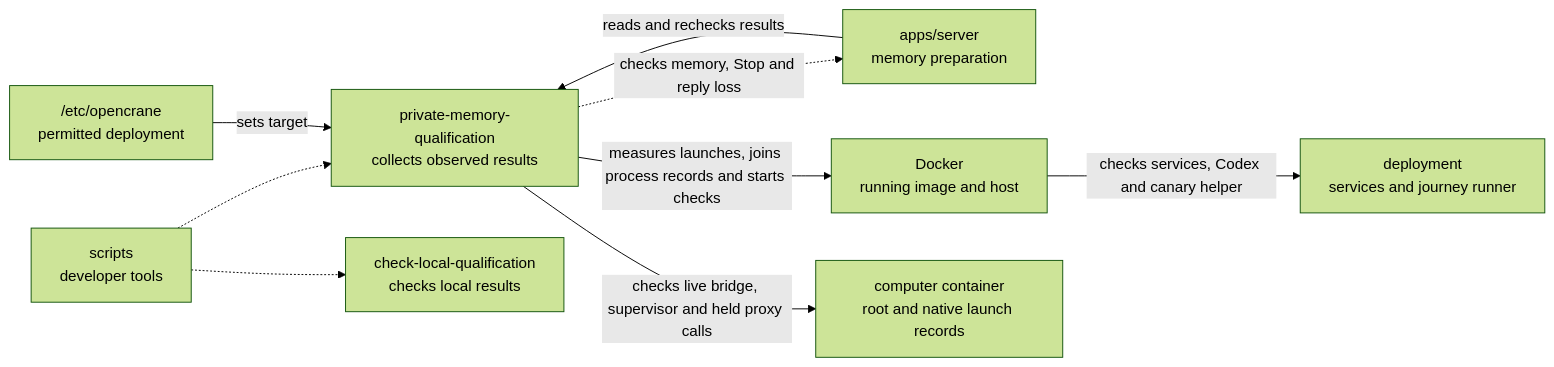
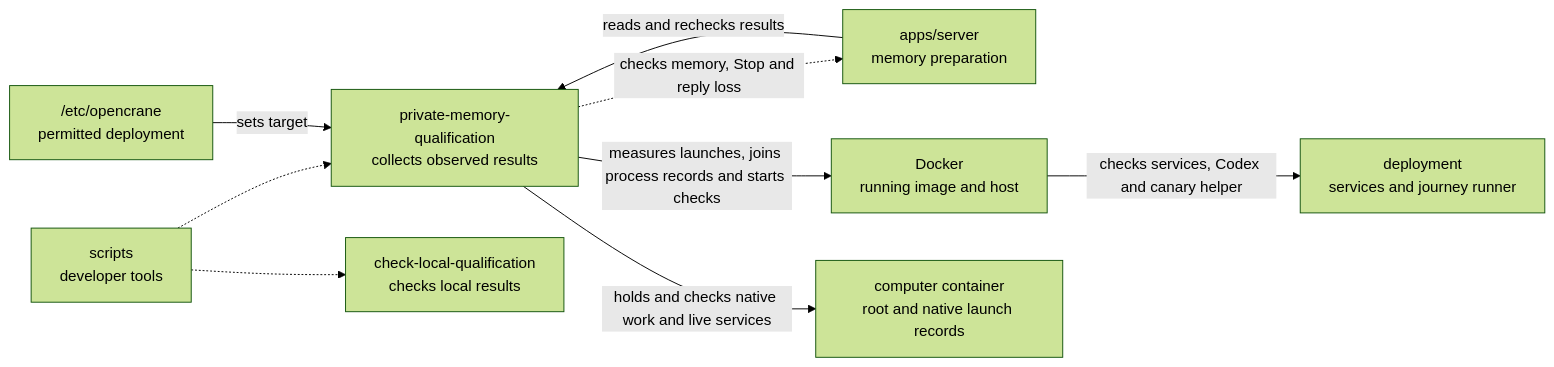
The diagram in scripts/private-memory-qualification/README.md (elewa-git/opencrane-new), drawn with Mermaid (forest theme) before and after one commit. The commit also changed other lines of this file and 14 other files, not shown here.

````diff
--- a/scripts/private-memory-qualification/README.md
+++ b/scripts/private-memory-qualification/README.md
@@ -19,11 +19,11 @@
 ```mermaid
 flowchart LR
   scripts["scripts<br/>developer tools"] -.-> collector["private-memory-qualification<br/>collects observed results"]
   scripts -.-> sibling["check-local-qualification<br/>checks local results"]
   server["apps/server<br/>memory preparation"] -->|reads and rechecks results| collector
   collector -.->|checks memory, Stop and reply loss| server
   config["/etc/opencrane<br/>permitted deployment"] -->|sets target| collector
   collector -->|measures launches, joins process records and starts checks| docker["Docker<br/>running image and host"]
   docker -->|checks services, Codex and canary helper| deployment["deployment<br/>services and journey runner"]
-  collector -->|checks live bridge, supervisor and held proxy calls| computer["computer container<br/>root and native launch records"]
+  collector -->|holds and checks native work and live services| computer["computer container<br/>root and native launch records"]
 ```
````
